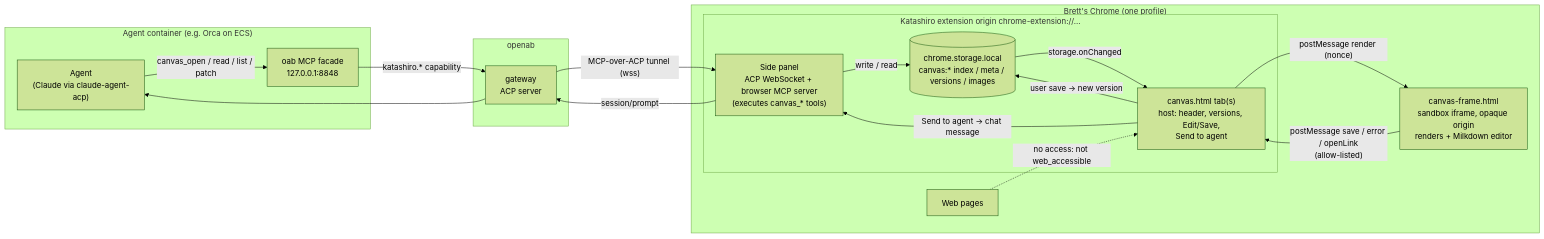
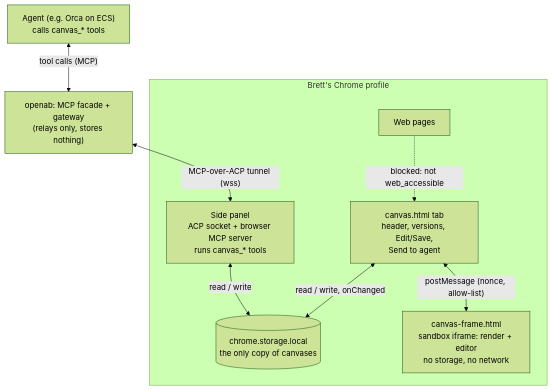
One commit to brettchien/katashiro changed the first of 2 diagrams in docs/adr/canvas.md. Above: the diagram before and after it, drawn with Mermaid (forest theme). The commit also changed other lines of this file, not shown here.

Commit message:
docs(adr): canvas — 3.9 diagrams readable: vertical component map + sequence of the four paths

````diff
--- a/docs/adr/canvas.md
+++ b/docs/adr/canvas.md
@@ -426,31 +428,18 @@
 ```mermaid
-flowchart LR
-  subgraph AC["Agent container (e.g. Orca on ECS)"]
-    AG["Agent<br/>(Claude via claude-agent-acp)"]
-    FA["oab MCP facade<br/>127.0.0.1:8848"]
-  end
-  subgraph OA["openab"]
-    GW["gateway<br/>ACP server"]
-  end
-  subgraph BR["Brett's Chrome (one profile)"]
-    subgraph EXT["Katashiro extension origin chrome-extension://…"]
-      SP["Side panel<br/>ACP WebSocket + browser MCP server<br/>(executes canvas_* tools)"]
-      ST[("chrome.storage.local<br/>canvas:* index / meta / versions / images")]
-      CV["canvas.html tab(s)<br/>host: header, versions, Edit/Save,<br/>Send to agent"]
-    end
-    FR["canvas-frame.html<br/>sandbox iframe, opaque origin<br/>renders + Milkdown editor"]
+flowchart TB
+  AG["Agent (e.g. Orca on ECS)<br/>calls canvas_* tools"]
+  OA["openab: MCP facade + gateway<br/>(relays only, stores nothing)"]
+  subgraph CH["Brett's Chrome profile"]
+    SP["Side panel<br/>ACP socket + browser MCP server<br/>runs canvas_* tools"]
+    ST[("chrome.storage.local<br/>the only copy of canvases")]
+    CV["canvas.html tab<br/>header, versions, Edit/Save,<br/>Send to agent"]
+    FR["canvas-frame.html<br/>sandbox iframe: render + editor<br/>no storage, no network"]
     WEB["Web pages"]
   end
-  AG -- "canvas_open / read / list / patch" --> FA
-  FA -- "katashiro.* capability" --> GW
-  GW -- "MCP-over-ACP tunnel (wss)" --> SP
-  SP -- "write / read" --> ST
-  ST -- "storage.onChanged" --> CV
-  CV -- "user save → new version" --> ST
-  CV -- "postMessage render (nonce)" --> FR
-  FR -- "postMessage save / error / openLink<br/>(allow-listed)" --> CV
-  CV -- "Send to agent → chat message" --> SP
-  SP -- "session/prompt" --> GW
-  GW --> AG
-  WEB -. "no access: not web_accessible" .-> CV
+  AG <-->|"tool calls (MCP)"| OA
+  OA <-->|"MCP-over-ACP tunnel (wss)"| SP
+  SP <-->|"read / write"| ST
+  CV <-->|"read / write, onChanged"| ST
+  CV <-->|"postMessage (nonce, allow-list)"| FR
+  WEB -.->|"blocked: not web_accessible"| CV
 ```
````
